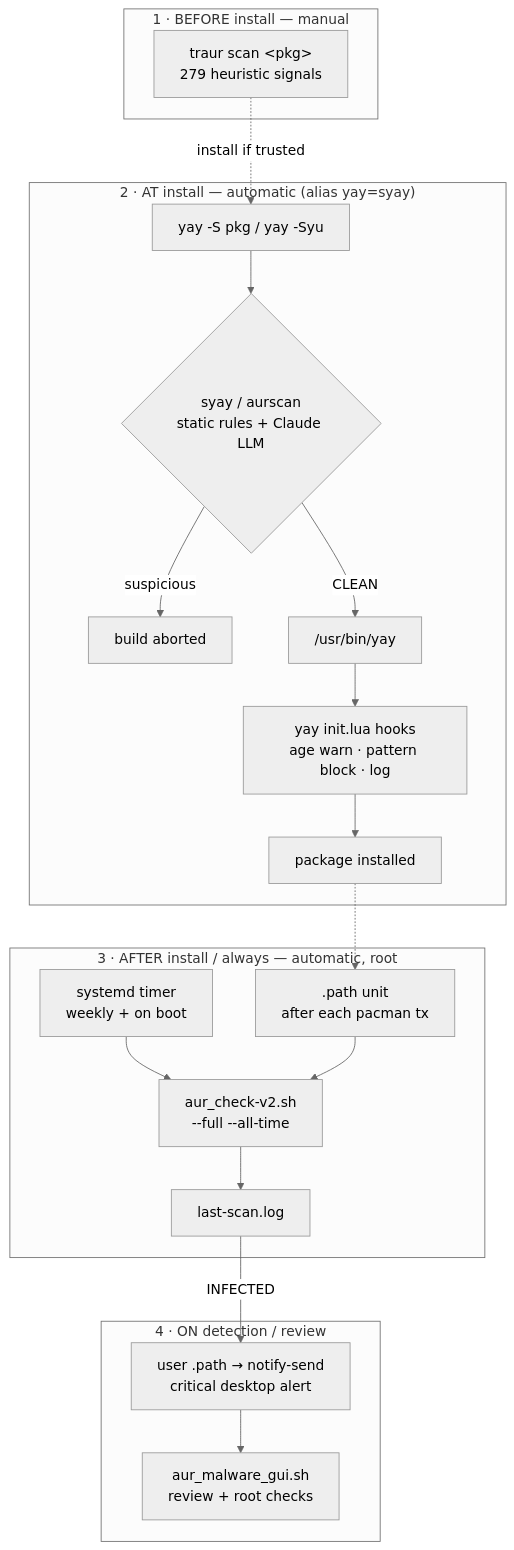
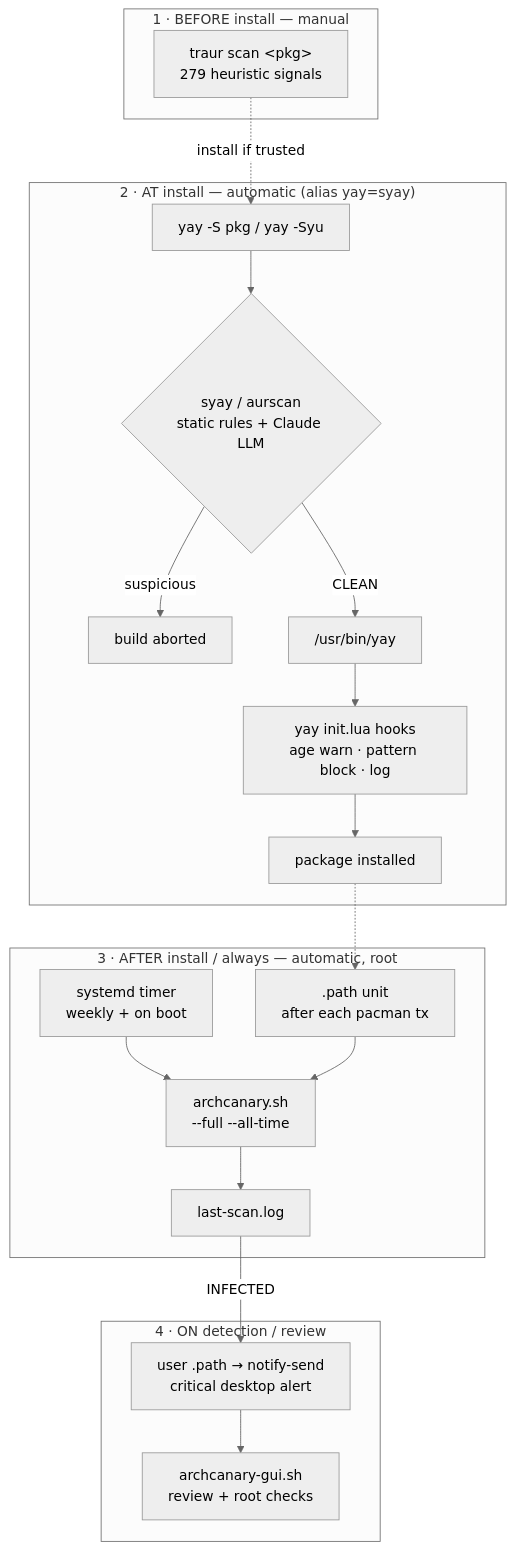
The diagram in docs/overview.md (musqz/archcanary), drawn with Mermaid (neutral theme) before and after one commit. The commit also changed other lines of this file and 26 other files, not shown here.

First line of the commit message:
refactor: replace all aur-malware-check strings with archcanary (#2)

````diff
--- a/docs/overview.md
+++ b/docs/overview.md
@@ -10,28 +10,28 @@
 ```mermaid
 flowchart TD
     subgraph PRE["1 · BEFORE install — manual"]
         T["traur scan &lt;pkg&gt;<br/>279 heuristic signals"]
     end
 
     subgraph AT["2 · AT install — automatic (alias yay=syay)"]
         U["yay -S pkg / yay -Syu"] --> SY{"syay / aurscan<br/>static rules + Claude LLM"}
         SY -->|suspicious| AB["build aborted"]
         SY -->|CLEAN| Y["/usr/bin/yay"]
         Y --> LUA["yay init.lua hooks<br/>age warn · pattern block · log"]
         LUA --> OK["package installed"]
     end
 
     subgraph AFTER["3 · AFTER install / always — automatic, root"]
-        TIM["systemd timer<br/>weekly + on boot"] --> SCAN["aur_check-v2.sh<br/>--full --all-time"]
+        TIM["systemd timer<br/>weekly + on boot"] --> SCAN["archcanary.sh<br/>--full --all-time"]
         PTH[".path unit<br/>after each pacman tx"] --> SCAN
         SCAN --> LOG["last-scan.log"]
     end
 
     subgraph ALERT["4 · ON detection / review"]
         LOG -->|INFECTED| NOT["user .path → notify-send<br/>critical desktop alert"]
-        NOT --> GUI["aur_malware_gui.sh<br/>review + root checks"]
+        NOT --> GUI["archcanary-gui.sh<br/>review + root checks"]
     end
 
     T -.->|install if trusted| U
     OK -.-> PTH
 ```
````
